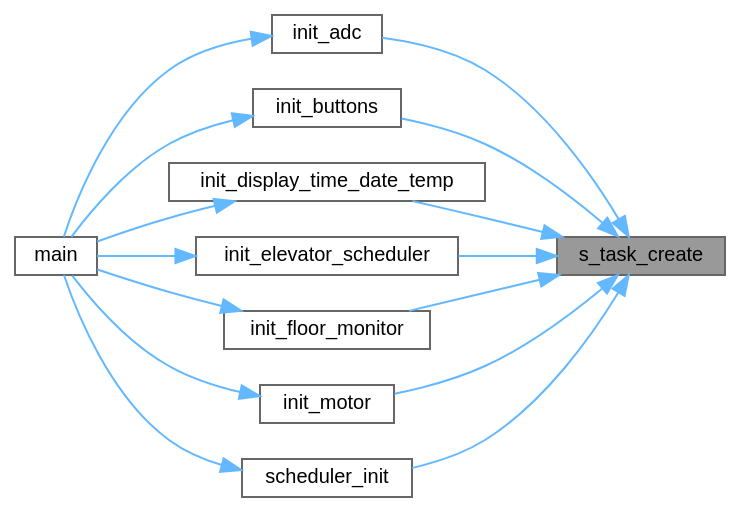
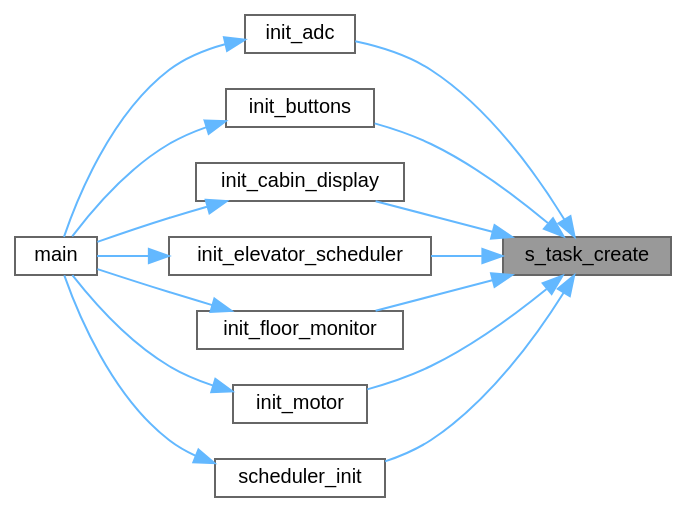
The diagram in dev/scheduler_8h_ab8c9106630c7dc22c6835c80e01e956b_icgraph.dot (Ghaadyy/elevator-controller), drawn with Graphviz before and after one commit. The commit also changed 83 other files, not shown here.

```diff
--- a/dev/scheduler_8h_ab8c9106630c7dc22c6835c80e01e956b_icgraph.dot
+++ b/dev/scheduler_8h_ab8c9106630c7dc22c6835c80e01e956b_icgraph.dot
@@ -1,31 +1,31 @@
 digraph "s_task_create"
 {
  // LATEX_PDF_SIZE
   bgcolor="transparent";
   edge [fontname=Helvetica,fontsize=10,labelfontname=Helvetica,labelfontsize=10];
   node [fontname=Helvetica,fontsize=10,shape=box,height=0.2,width=0.4];
   rankdir="RL";
   Node1 [id="Node000001",label="s_task_create",height=0.2,width=0.4,color="gray40", fillcolor="grey60", style="filled", fontcolor="black",tooltip=" "];
   Node1 -> Node2 [id="edge1_Node000001_Node000002",dir="back",color="steelblue1",style="solid",tooltip=" "];
   Node2 [id="Node000002",label="init_adc",height=0.2,width=0.4,color="grey40", fillcolor="white", style="filled",URL="$adc_8c.html#a3d7b3a08f92c17af6f1729e423a8e138",tooltip=" "];
   Node2 -> Node3 [id="edge2_Node000002_Node000003",dir="back",color="steelblue1",style="solid",tooltip=" "];
   Node3 [id="Node000003",label="main",height=0.2,width=0.4,color="grey40", fillcolor="white", style="filled",URL="$main_8c.html#acdef7a1fd863a6d3770c1268cb06add3",tooltip=" "];
   Node1 -> Node4 [id="edge3_Node000001_Node000004",dir="back",color="steelblue1",style="solid",tooltip=" "];
   Node4 [id="Node000004",label="init_buttons",height=0.2,width=0.4,color="grey40", fillcolor="white", style="filled",URL="$buttons_8c.html#acd6080922091377a7034cf7f71d5484d",tooltip="Initializes a task that listens for button presses and trigger actions upon pressing."];
   Node4 -> Node3 [id="edge4_Node000004_Node000003",dir="back",color="steelblue1",style="solid",tooltip=" "];
   Node1 -> Node5 [id="edge5_Node000001_Node000005",dir="back",color="steelblue1",style="solid",tooltip=" "];
-  Node5 [id="Node000005",label="init_display_time_date_temp",height=0.2,width=0.4,color="grey40", fillcolor="white", style="filled",URL="$display__time__date__temp_8c.html#a08d88c70d567692f6f4900a3842eda5a",tooltip="Initialize and start the task."];
+  Node5 [id="Node000005",label="init_cabin_display",height=0.2,width=0.4,color="grey40", fillcolor="white", style="filled",URL="$cabin__display_8c.html#aac8ba457dfa063e7eada179b4842ae39",tooltip="Initialize and start the task."];
   Node5 -> Node3 [id="edge6_Node000005_Node000003",dir="back",color="steelblue1",style="solid",tooltip=" "];
   Node1 -> Node6 [id="edge7_Node000001_Node000006",dir="back",color="steelblue1",style="solid",tooltip=" "];
   Node6 [id="Node000006",label="init_elevator_scheduler",height=0.2,width=0.4,color="grey40", fillcolor="white", style="filled",URL="$elevator_8c.html#afc3c9c97ecd69cf34a393f9261efc0af",tooltip="Initializes the elevator scheduler's task."];
   Node6 -> Node3 [id="edge8_Node000006_Node000003",dir="back",color="steelblue1",style="solid",tooltip=" "];
   Node1 -> Node7 [id="edge9_Node000001_Node000007",dir="back",color="steelblue1",style="solid",tooltip=" "];
   Node7 [id="Node000007",label="init_floor_monitor",height=0.2,width=0.4,color="grey40", fillcolor="white", style="filled",URL="$floor_8c.html#af2aa45cd3f888a21f47b3d4ae6c5bb30",tooltip="Initializes a task that monitors the floor state."];
   Node7 -> Node3 [id="edge10_Node000007_Node000003",dir="back",color="steelblue1",style="solid",tooltip=" "];
   Node1 -> Node8 [id="edge11_Node000001_Node000008",dir="back",color="steelblue1",style="solid",tooltip=" "];
   Node8 [id="Node000008",label="init_motor",height=0.2,width=0.4,color="grey40", fillcolor="white", style="filled",URL="$motor_8c.html#a10f8eee1390e28e414927e87161afb6d",tooltip="Initializes the motor task but does not activate it initially."];
   Node8 -> Node3 [id="edge12_Node000008_Node000003",dir="back",color="steelblue1",style="solid",tooltip=" "];
   Node1 -> Node9 [id="edge13_Node000001_Node000009",dir="back",color="steelblue1",style="solid",tooltip=" "];
   Node9 [id="Node000009",label="scheduler_init",height=0.2,width=0.4,color="grey40", fillcolor="white", style="filled",URL="$scheduler_8c.html#a9e691eab2c26becb246e80421cfdd571",tooltip=" "];
   Node9 -> Node3 [id="edge14_Node000009_Node000003",dir="back",color="steelblue1",style="solid",tooltip=" "];
 }
```
